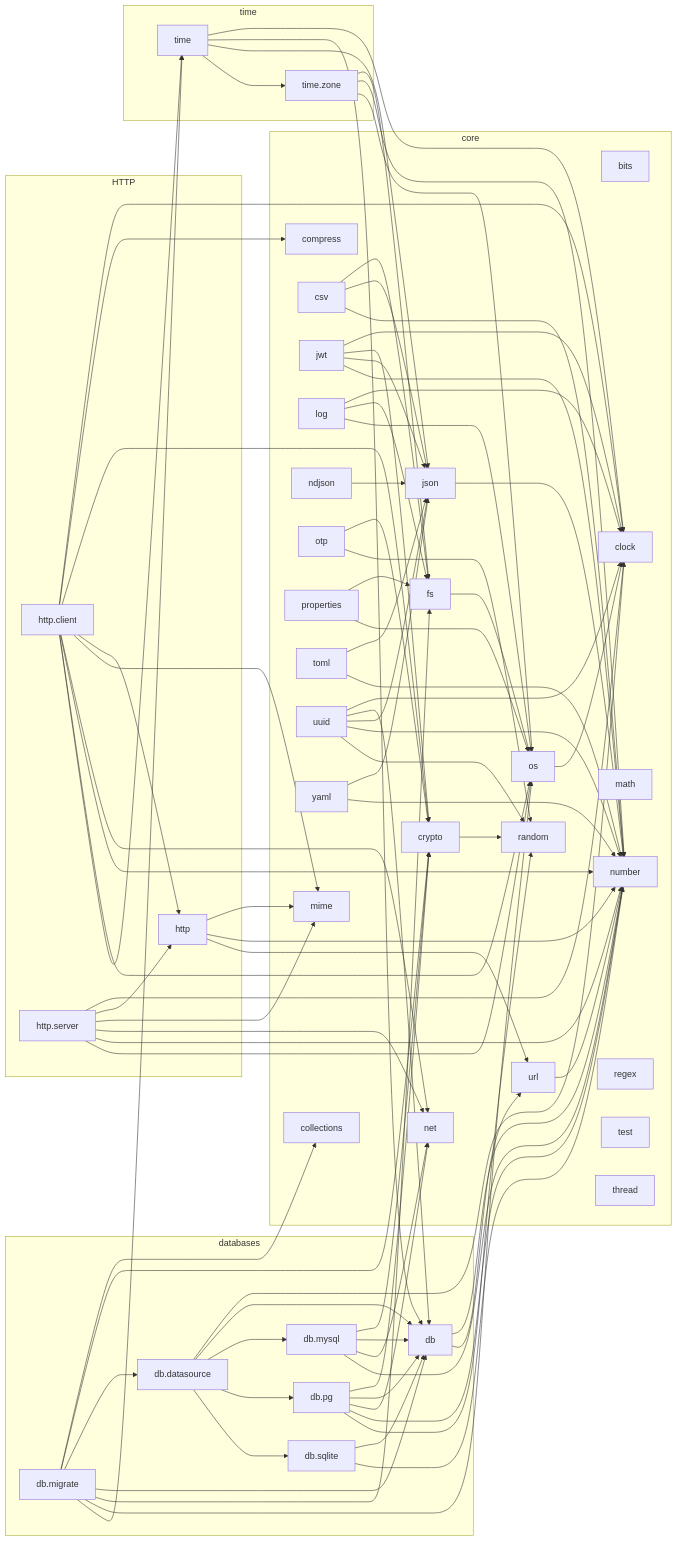
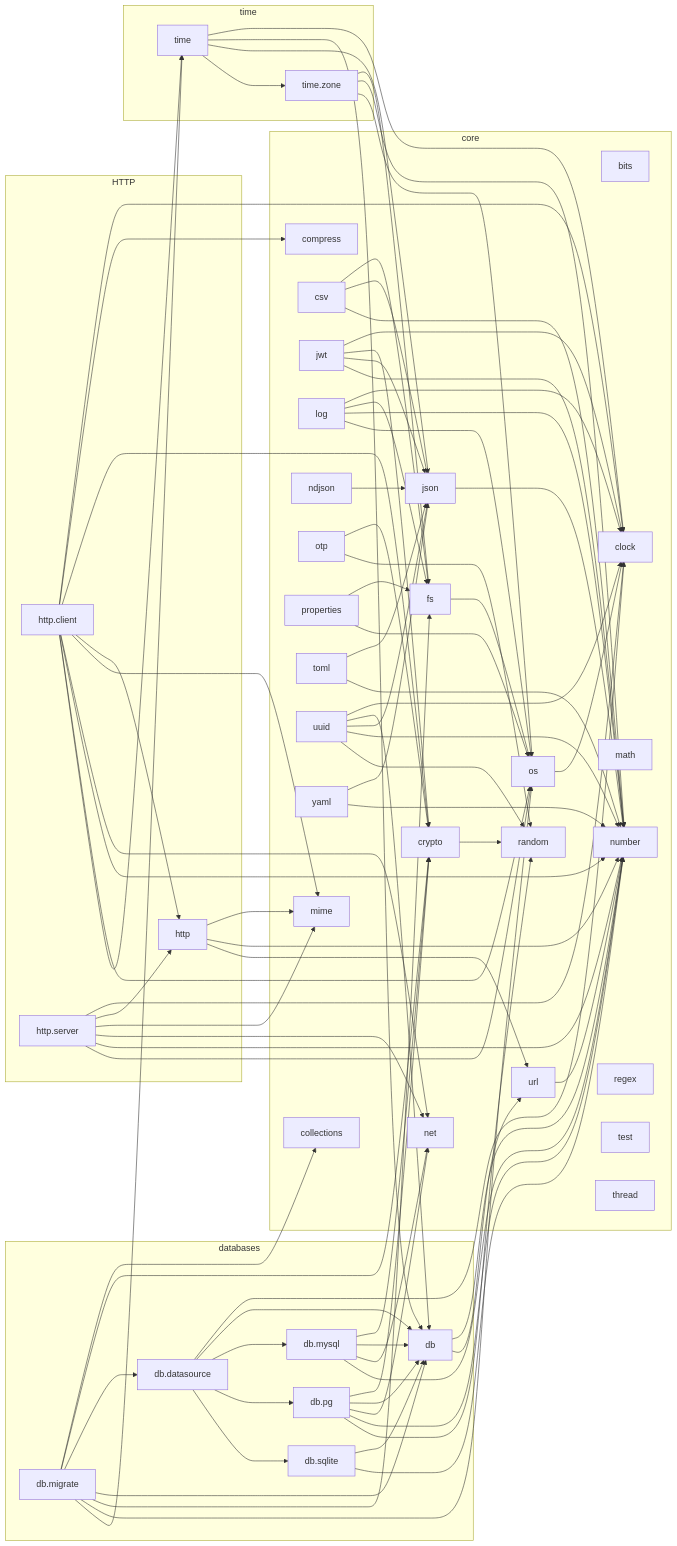
Before and after one commit to vasnatech/ziman: the diagram in docs/lib/dependencies.md, drawn with Mermaid. The commit also changed other lines of this file and 4 other files, not shown here.

```diff
--- a/docs/lib/dependencies.md
+++ b/docs/lib/dependencies.md
@@ -83,6 +83,7 @@
     jwt --> number
     log --> clock
     log --> fs
+    log --> number
     log --> os
     migrate --> collections
     migrate --> crypto
```
